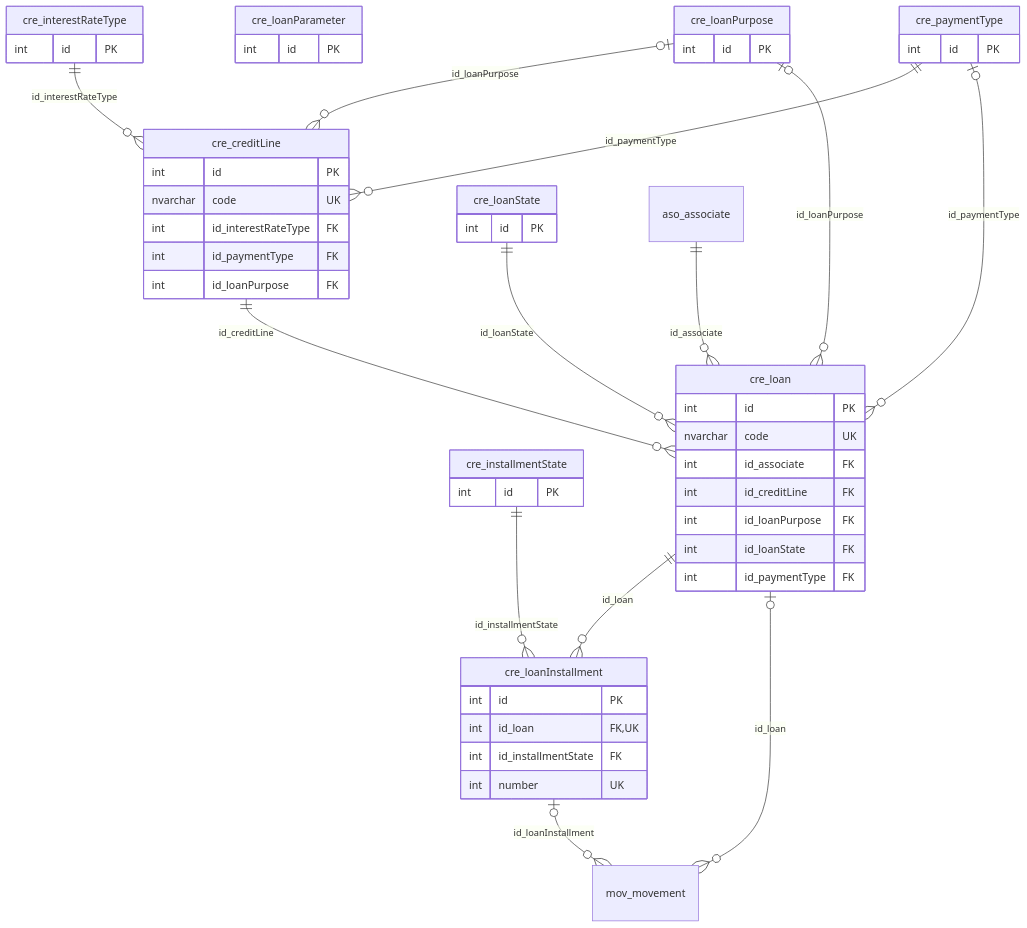
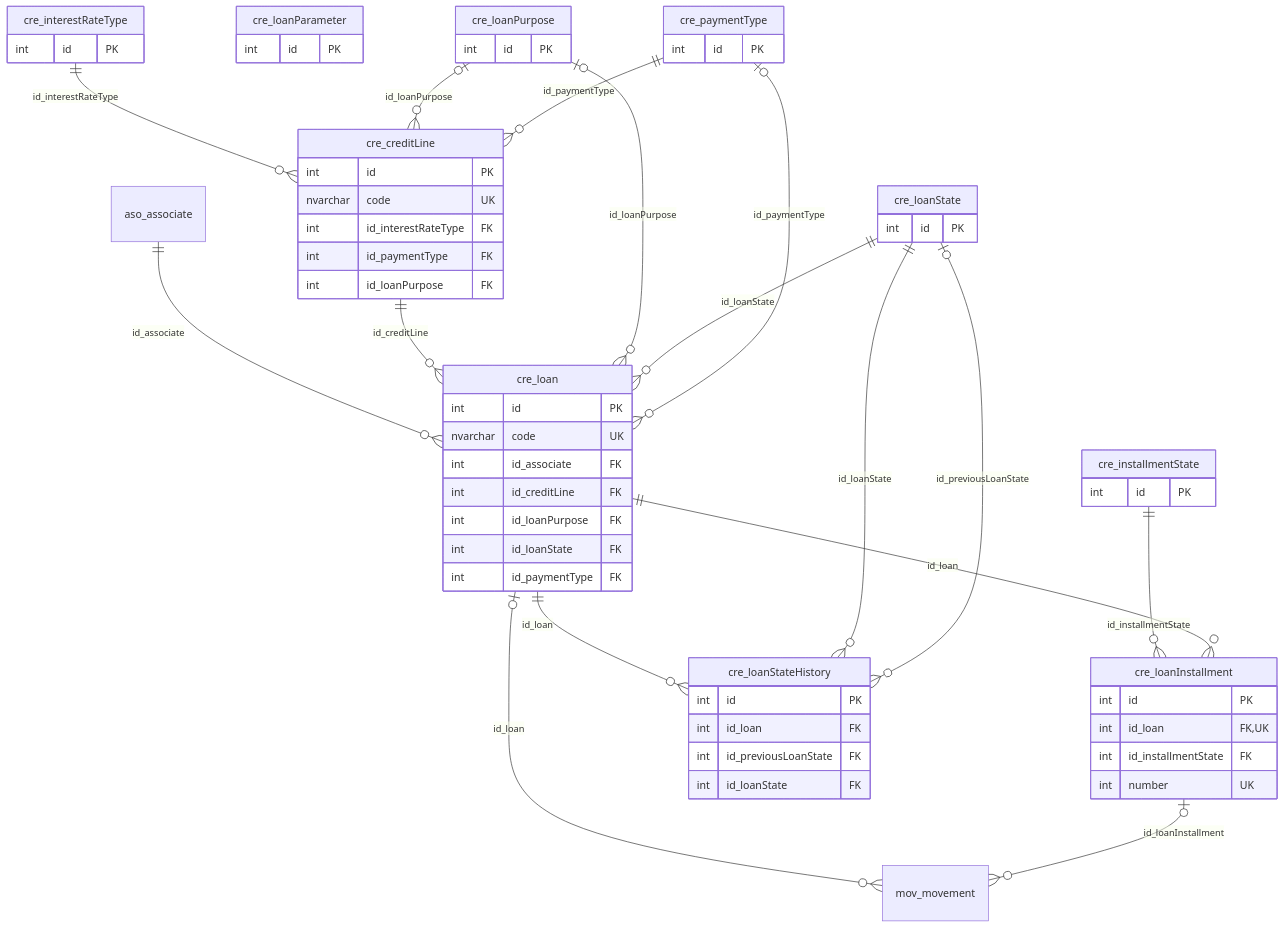
One commit to softwaresamm/IDAE.Docs changed the diagram in docs/safe/database/cre/er-diagram.md. Above: the diagram before and after it, drawn with Mermaid. The commit also changed 8 other files, not shown here.

First line of the commit message:
docs: document SAFE loan state history

````diff
--- a/docs/safe/database/cre/er-diagram.md
+++ b/docs/safe/database/cre/er-diagram.md
@@ -12,57 +12,66 @@
 ```mermaid
 erDiagram
     cre_creditLine {
         int id PK
         nvarchar code UK
         int id_interestRateType FK
         int id_paymentType FK
         int id_loanPurpose FK
     }
     cre_installmentState {
         int id PK
     }
     cre_interestRateType {
         int id PK
     }
     cre_loan {
         int id PK
         nvarchar code UK
         int id_associate FK
         int id_creditLine FK
         int id_loanPurpose FK
         int id_loanState FK
         int id_paymentType FK
     }
     cre_loanInstallment {
         int id PK
         int id_loan FK,UK
         int id_installmentState FK
         int number UK
     }
     cre_loanParameter {
         int id PK
     }
     cre_loanPurpose {
         int id PK
     }
     cre_loanState {
         int id PK
     }
+    cre_loanStateHistory {
+        int id PK
+        int id_loan FK
+        int id_previousLoanState FK
+        int id_loanState FK
+    }
     cre_paymentType {
         int id PK
     }
     aso_associate
     mov_movement
     cre_interestRateType ||--o{ cre_creditLine : "id_interestRateType"
     cre_loanPurpose |o--o{ cre_creditLine : "id_loanPurpose"
     cre_paymentType ||--o{ cre_creditLine : "id_paymentType"
     aso_associate ||--o{ cre_loan : "id_associate"
     cre_creditLine ||--o{ cre_loan : "id_creditLine"
     cre_loanPurpose |o--o{ cre_loan : "id_loanPurpose"
     cre_loanState ||--o{ cre_loan : "id_loanState"
     cre_paymentType |o--o{ cre_loan : "id_paymentType"
     cre_installmentState ||--o{ cre_loanInstallment : "id_installmentState"
     cre_loan ||--o{ cre_loanInstallment : "id_loan"
+    cre_loan ||--o{ cre_loanStateHistory : "id_loan"
+    cre_loanState ||--o{ cre_loanStateHistory : "id_loanState"
+    cre_loanState |o--o{ cre_loanStateHistory : "id_previousLoanState"
     cre_loan |o--o{ mov_movement : "id_loan"
     cre_loanInstallment |o--o{ mov_movement : "id_loanInstallment"
 ```
````
